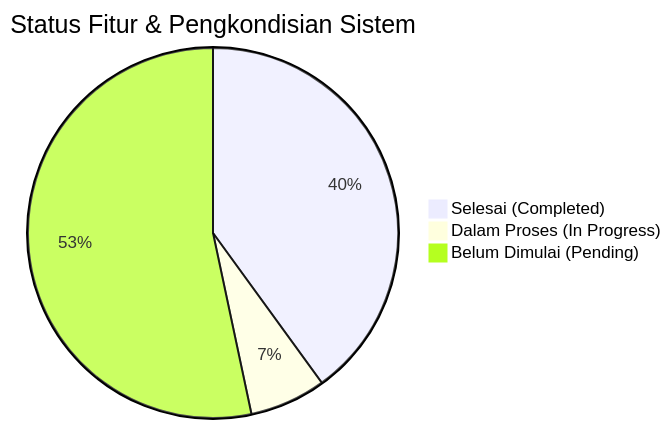
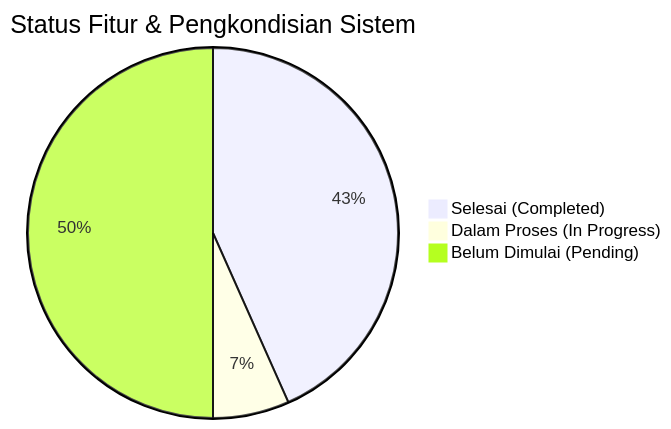
Before and after one commit to 4lliiifffff/pengembangan-presensi-pkbmpikat: the diagram in docs/progress_pengembangan_sistem_presensi.md, drawn with Mermaid. The commit also changed other lines of this file and 9 other files, not shown here.

````diff
--- a/docs/progress_pengembangan_sistem_presensi.md
+++ b/docs/progress_pengembangan_sistem_presensi.md
@@ -12,6 +12,6 @@
 ```mermaid
 pie title Status Fitur & Pengkondisian Sistem
-    "Selesai (Completed)" : 12
+    "Selesai (Completed)" : 13
     "Dalam Proses (In Progress)" : 2
-    "Belum Dimulai (Pending)" : 16
+    "Belum Dimulai (Pending)" : 15
 ```
````
